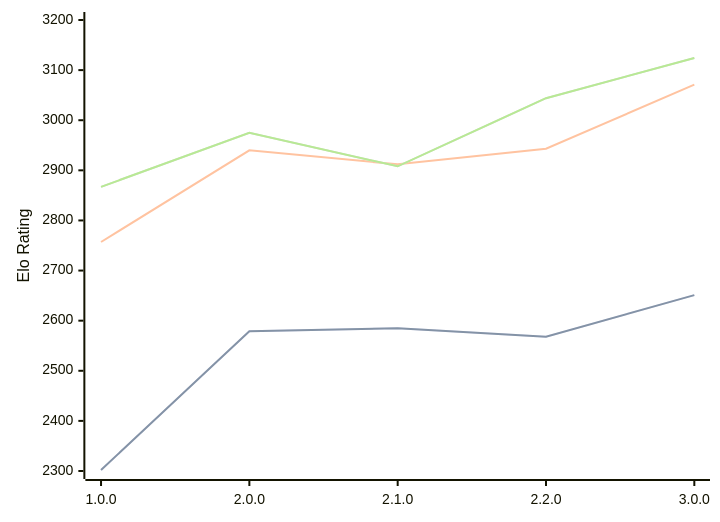
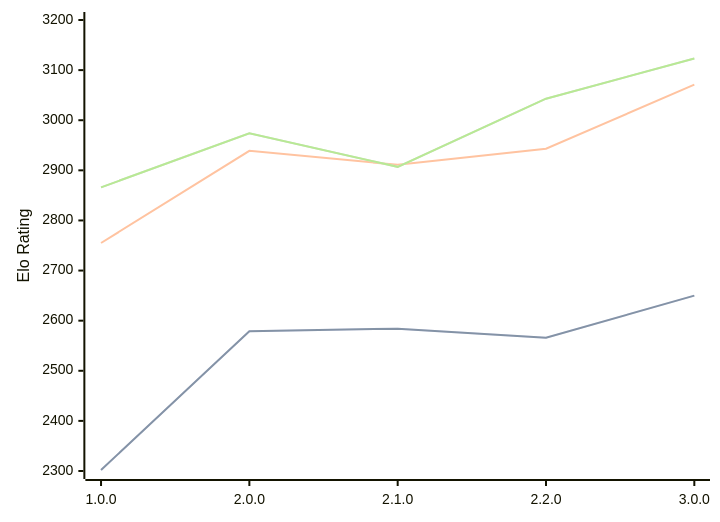
The diagram in engines/Catalyst.md (computer-chess-index/cci), drawn with Mermaid before and after one commit. The commit also changed other lines of this file, not shown here.

Commit message:
Update CCI Ratings (ELO VLTC) - 2026-08-11

````diff
--- a/engines/Catalyst.md
+++ b/engines/Catalyst.md
@@ -36,11 +36,11 @@
 ```mermaid
 %%{init: {"theme":"base","themeVariables":{"seriesColors:['#a3a3a3','#222221','#faa371']}}}%%
 xychart-beta
   x-axis ["1.0.0", "2.0.0", "2.1.0", "2.2.0", "3.0.0"]
   y-axis "Elo Rating" 2300 --> 3200
-  line "STC (8.0+0.08s)" [2302, 2579, 2585, 2568, 2651]
-  line "STC (8.0+0.08s)" [2302, 2579, 2585, 2568, 2651]
-  line "LTC (60.0+0.60s)" [2757, 2940, 2912, 2943, 3071]
-  line "VLTC (2m24s+1.12s)" [2867, 2975, 2908, 3044, 3124]
-  line "VLTC (2m24s+1.12s)" [2867, 2975, 2908, 3044, 3124]
+  line "STC (8.0+0.08s)" [2302, 2579, 2584, 2566, 2650]
+  line "STC (8.0+0.08s)" [2302, 2579, 2584, 2566, 2650]
+  line "LTC (60.0+0.60s)" [2755, 2939, 2911, 2943, 3071]
+  line "VLTC (2m24s+1.12s)" [2866, 2974, 2907, 3043, 3123]
+  line "VLTC (2m24s+1.12s)" [2866, 2974, 2907, 3043, 3123]
 ```
````
